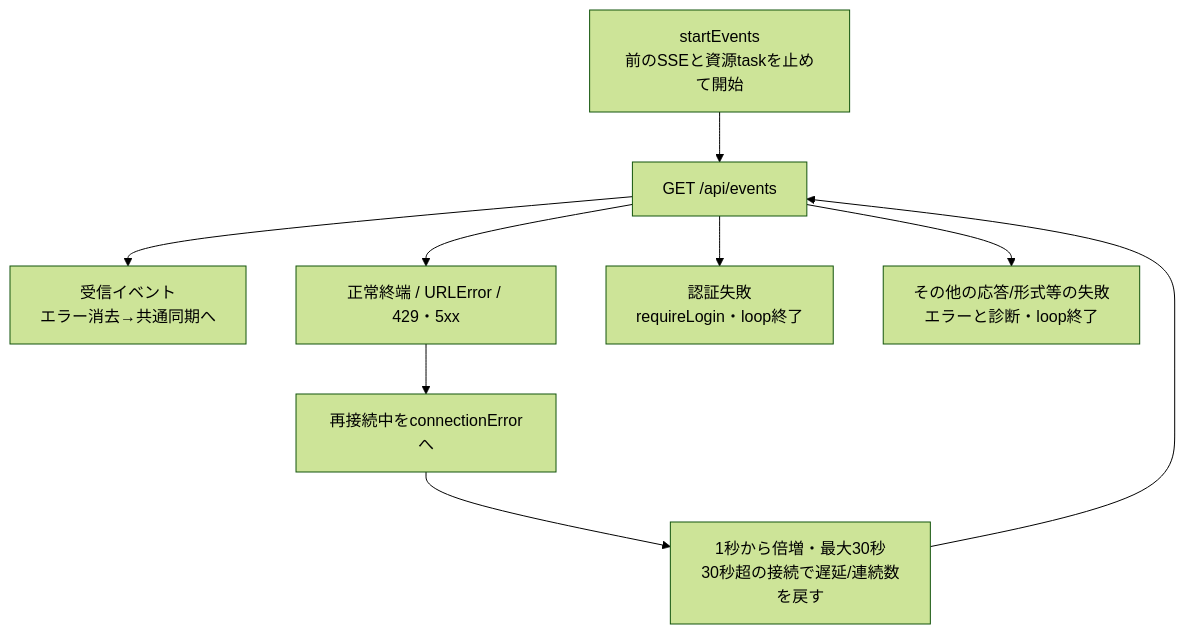
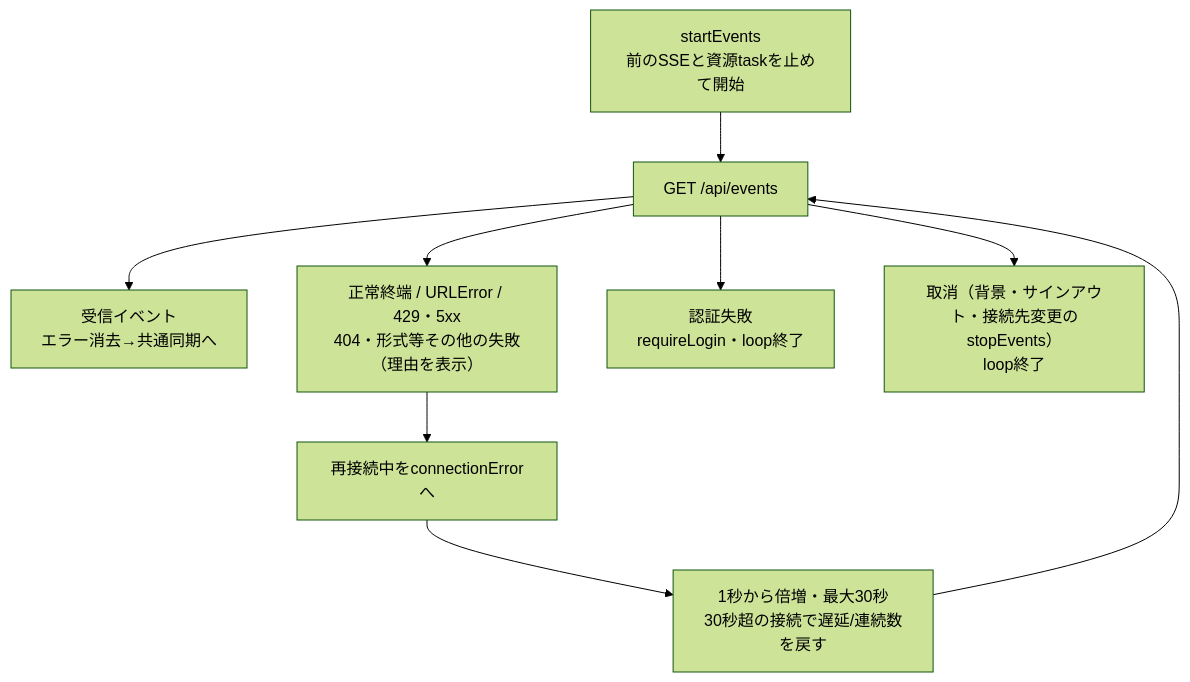
One commit to kitepon/BellTeam changed the second of 4 diagrams in docs/architecture/modules/apple/lifecycle-and-platform.md. Above: the diagram before and after it, drawn with Mermaid (forest theme). The commit also changed other lines of this file and 3 other files, not shown here.

````diff
--- a/docs/architecture/modules/apple/lifecycle-and-platform.md
+++ b/docs/architecture/modules/apple/lifecycle-and-platform.md
@@ -24,11 +24,11 @@
 ```mermaid
 flowchart TD
   Events["startEvents<br/>前のSSEと資源taskを止めて開始"] --> Get["GET /api/events"]
   Get --> Apply["受信イベント<br/>エラー消去→共通同期へ"]
-  Get --> End["正常終端 / URLError / 429・5xx"]
+  Get --> End["正常終端 / URLError / 429・5xx<br/>404・形式等その他の失敗（理由を表示）"]
   End --> Notice["再接続中をconnectionErrorへ"]
   Notice --> Delay["1秒から倍増・最大30秒<br/>30秒超の接続で遅延/連続数を戻す"]
   Delay --> Get
   Get --> Auth["認証失敗<br/>requireLogin・loop終了"]
-  Get --> Bad["その他の応答/形式等の失敗<br/>エラーと診断・loop終了"]
+  Get --> Cancel["取消（背景・サインアウト・接続先変更のstopEvents）<br/>loop終了"]
 ```
````
